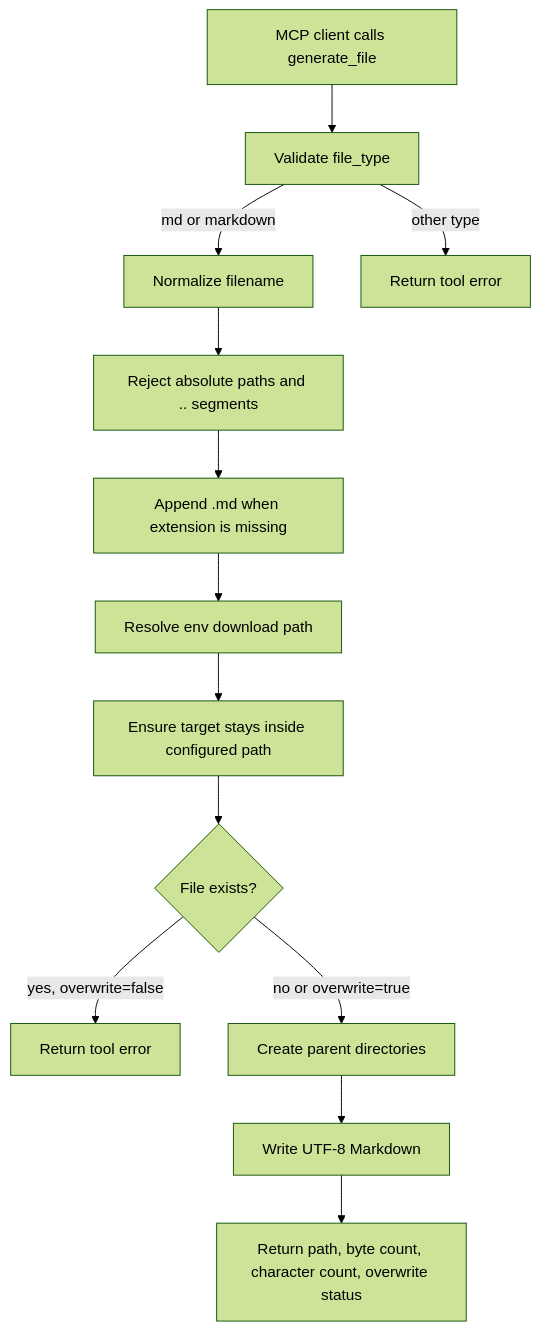
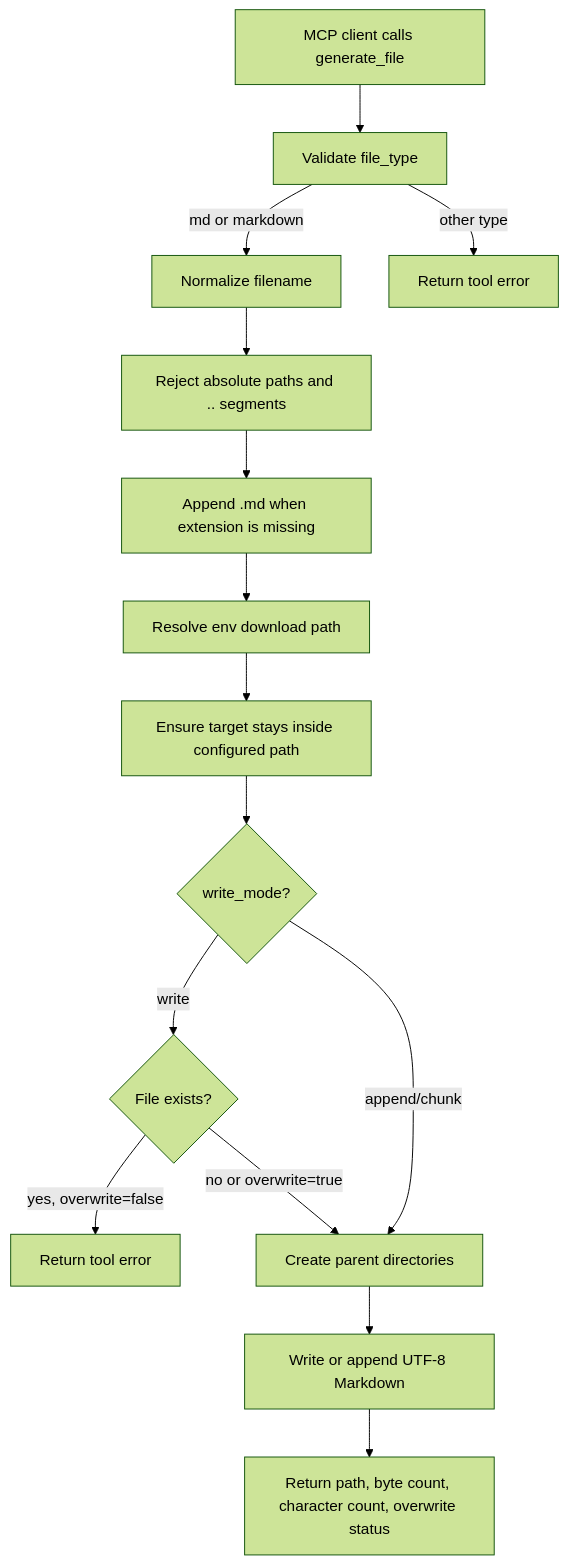
Before and after one commit to mymacmeet-crypto/local-mcp: the diagram in docs/generate_file.md, drawn with Mermaid (forest theme). The commit also changed other lines of this file and 17 other files, not shown here.

First line of the commit message:
feat: add web_search_to_file tool for direct Markdown output

````diff
--- a/docs/generate_file.md
+++ b/docs/generate_file.md
@@ -9,15 +11,17 @@
 ```mermaid
 flowchart TD
     A[MCP client calls generate_file] --> B[Validate file_type]
     B -->|md or markdown| C[Normalize filename]
     B -->|other type| X[Return tool error]
     C --> D[Reject absolute paths and .. segments]
     D --> E[Append .md when extension is missing]
     E --> F[Resolve env download path]
     F --> G[Ensure target stays inside configured path]
-    G --> H{File exists?}
-    H -->|yes, overwrite=false| Y[Return tool error]
-    H -->|no or overwrite=true| I[Create parent directories]
-    I --> J[Write UTF-8 Markdown]
-    J --> K[Return path, byte count, character count, overwrite status]
+    G --> H{write_mode?}
+    H -->|write| I{File exists?}
+    I -->|yes, overwrite=false| Y[Return tool error]
+    I -->|no or overwrite=true| J[Create parent directories]
+    H -->|append/chunk| J
+    J --> K[Write or append UTF-8 Markdown]
+    K --> L[Return path, byte count, character count, overwrite status]
 ```
````
